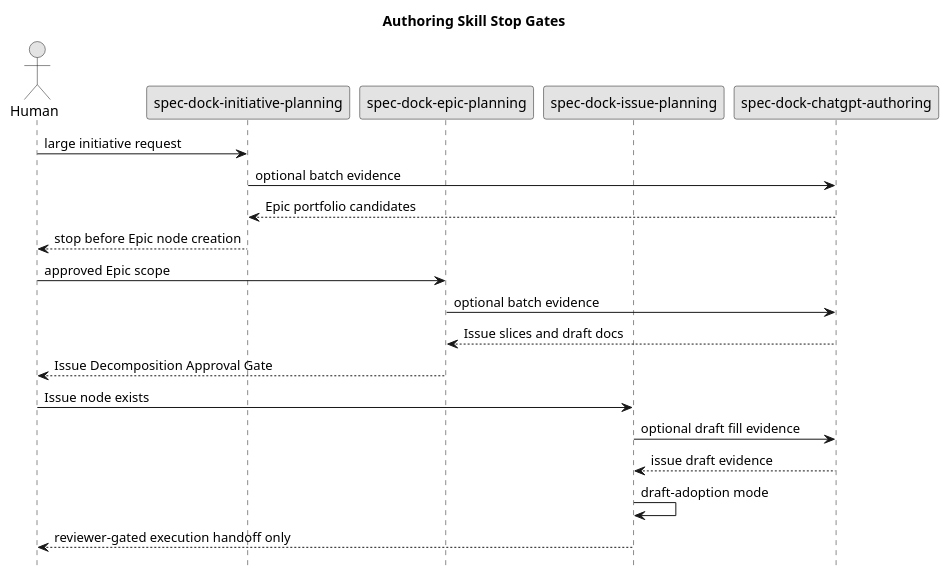
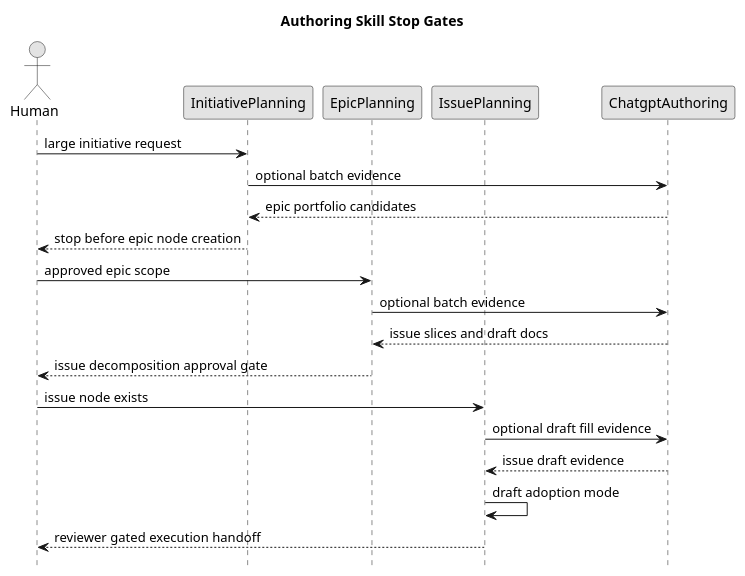
One commit to chemitaro/spec-dock changed the third of 4 diagrams in 00000-00999/epic-00295/design.md. Above: the diagram before and after it, drawn with PlantUML. The commit also changed other lines of this file and 45 other files, not shown here.

First line of the commit message:
docs(spec-dock): ChatGPT生成packをEpic正本へ反映

````diff
--- a/00000-00999/epic-00295/design.md
+++ b/00000-00999/epic-00295/design.md
@@ -386,29 +396,29 @@
 ```plantuml
 @startuml
 title Authoring Skill Stop Gates
 skinparam monochrome true
 hide footbox
 
 actor Human as H
-participant "spec-dock-initiative-planning" as Init
-participant "spec-dock-epic-planning" as Epic
-participant "spec-dock-issue-planning" as Issue
-participant "spec-dock-chatgpt-authoring" as GPT
+participant "InitiativePlanning" as Init
+participant "EpicPlanning" as Epic
+participant "IssuePlanning" as Issue
+participant "ChatgptAuthoring" as GPT
 
 H -> Init : large initiative request
 Init -> GPT : optional batch evidence
-GPT --> Init : Epic portfolio candidates
-Init --> H : stop before Epic node creation
+GPT --> Init : epic portfolio candidates
+Init --> H : stop before epic node creation
 
-H -> Epic : approved Epic scope
+H -> Epic : approved epic scope
 Epic -> GPT : optional batch evidence
-GPT --> Epic : Issue slices and draft docs
-Epic --> H : Issue Decomposition Approval Gate
+GPT --> Epic : issue slices and draft docs
+Epic --> H : issue decomposition approval gate
 
-H -> Issue : Issue node exists
+H -> Issue : issue node exists
 Issue -> GPT : optional draft fill evidence
 GPT --> Issue : issue draft evidence
-Issue -> Issue : draft-adoption mode
-Issue --> H : reviewer-gated execution handoff only
+Issue -> Issue : draft adoption mode
+Issue --> H : reviewer gated execution handoff
 @enduml
 ```
````
